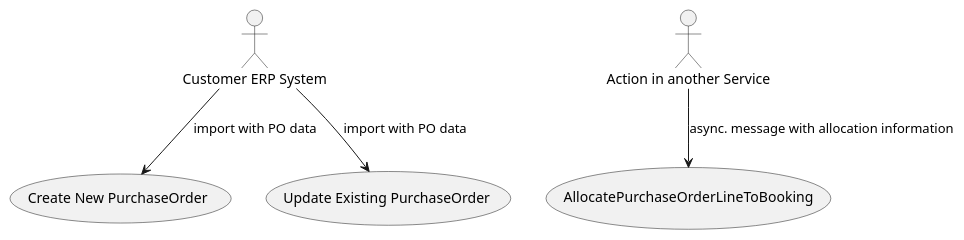
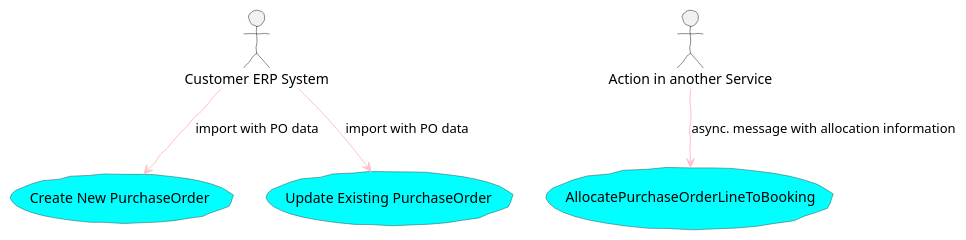
One commit to karbonfw/purchaseorderdoc changed the diagram in diagrams/usecases.puml. Above: the diagram before and after it, drawn with PlantUML.

```diff
--- a/diagrams/usecases.puml
+++ b/diagrams/usecases.puml
@@ -1,16 +1,30 @@
 @startuml
+skinparam handwritten true
+skinparam usecase {
+BackgroundColor Cyan
+BorderColor DarkSlateGray
+
+BackgroundColor<< Main >> YellowGreen
+BorderColor<< Main >> YellowGreen
+
+ArrowColor Pink
+ActorBorderColor black
+ActorFontName Courier
+
+ActorBackgroundColor<< Human >> Gold
+}
 (Create New PurchaseOrder) as ImportPO
 (Update Existing PurchaseOrder) as ImportExistingPO
 
 (AllocatePurchaseOrderLineToBooking) as AllocatePOL
 
 :Customer ERP System: as erp
 
 :Action in another Service: as anotherService
 
 
 erp --> ImportPO : import with PO data
 erp --> ImportExistingPO : import with PO data
 
 anotherService --> AllocatePOL : async. message with allocation information
 @enduml
```
